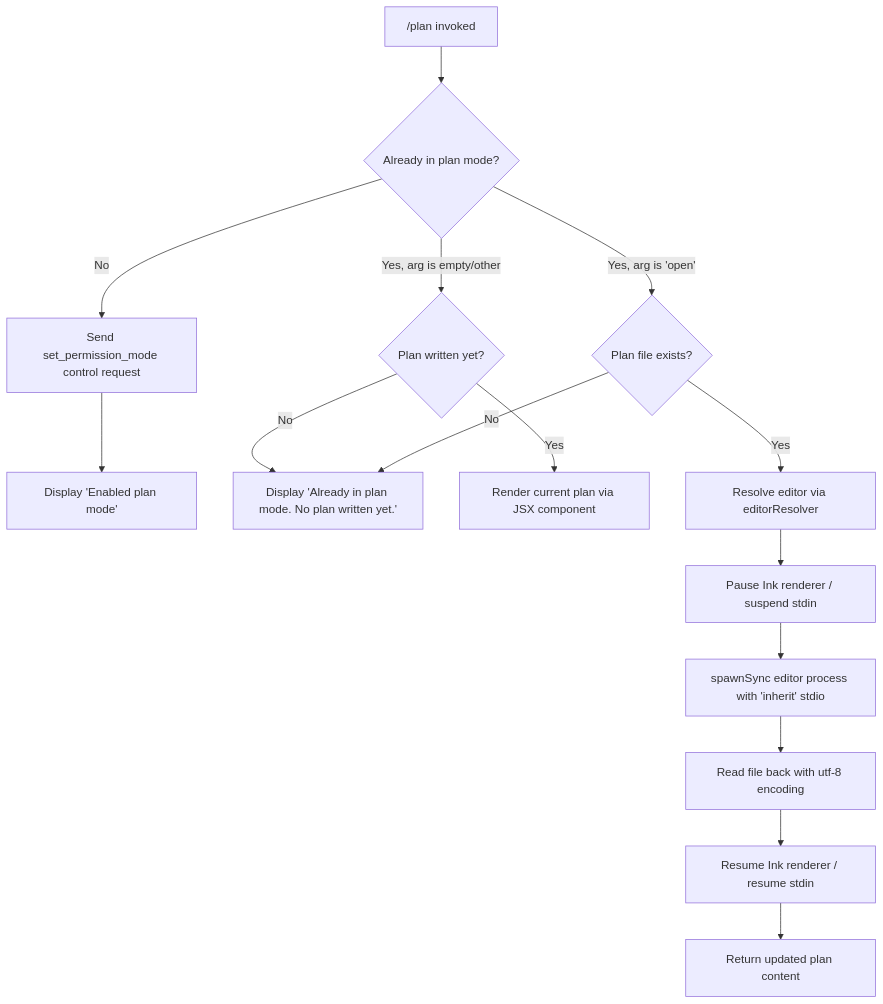
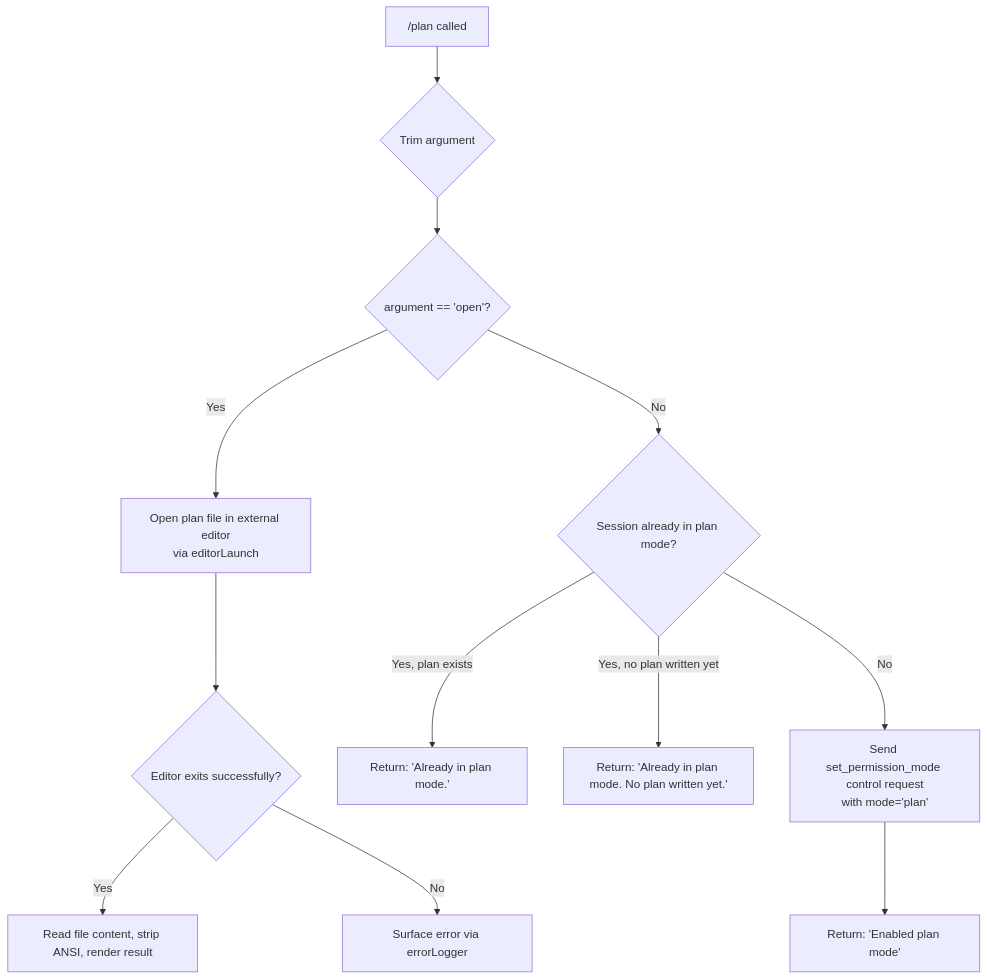
Before and after one commit to MyLittleLuckyDog/cc-gnothi: the diagram in versions/v2.1.143/plan.md, drawn with Mermaid. The commit also changed other lines of this file and 87 other files, not shown here.

````diff
--- a/versions/v2.1.143/plan.md
+++ b/versions/v2.1.143/plan.md
@@ -46,17 +46,14 @@
 ```mermaid
 flowchart TD
-    A["/plan invoked"] --> B{Already in plan mode?}
-    B -- "No" --> C[Send set_permission_mode control request]
-    C --> D[Display 'Enabled plan mode']
-    B -- "Yes, arg is 'open'" --> E{Plan file exists?}
-    B -- "Yes, arg is empty/other" --> F{Plan written yet?}
-    F -- "No" --> G[Display 'Already in plan mode. No plan written yet.']
-    F -- "Yes" --> H[Render current plan via JSX component]
-    E -- "No" --> G
-    E -- "Yes" --> I[Resolve editor via editorResolver]
-    I --> J[Pause Ink renderer / suspend stdin]
-    J --> K[spawnSync editor process with 'inherit' stdio]
-    K --> L[Read file back with utf-8 encoding]
-    L --> M[Resume Ink renderer / resume stdin]
-    M --> N[Return updated plan content]
+    A["/plan called"] --> B{Trim argument}
+    B --> C{argument == 'open'?}
+    C -- Yes --> D[Open plan file in external editor\nvia editorLaunch]
+    C -- No --> E{Session already in plan mode?}
+    E -- Yes, plan exists --> F[Return: 'Already in plan mode.']
+    E -- Yes, no plan written yet --> G[Return: 'Already in plan mode. No plan written yet.']
+    E -- No --> H[Send set_permission_mode control request\nwith mode='plan']
+    H --> I[Return: 'Enabled plan mode']
+    D --> J{Editor exits successfully?}
+    J -- Yes --> K[Read file content, strip ANSI, render result]
+    J -- No --> L[Surface error via errorLogger]
 ```
````
